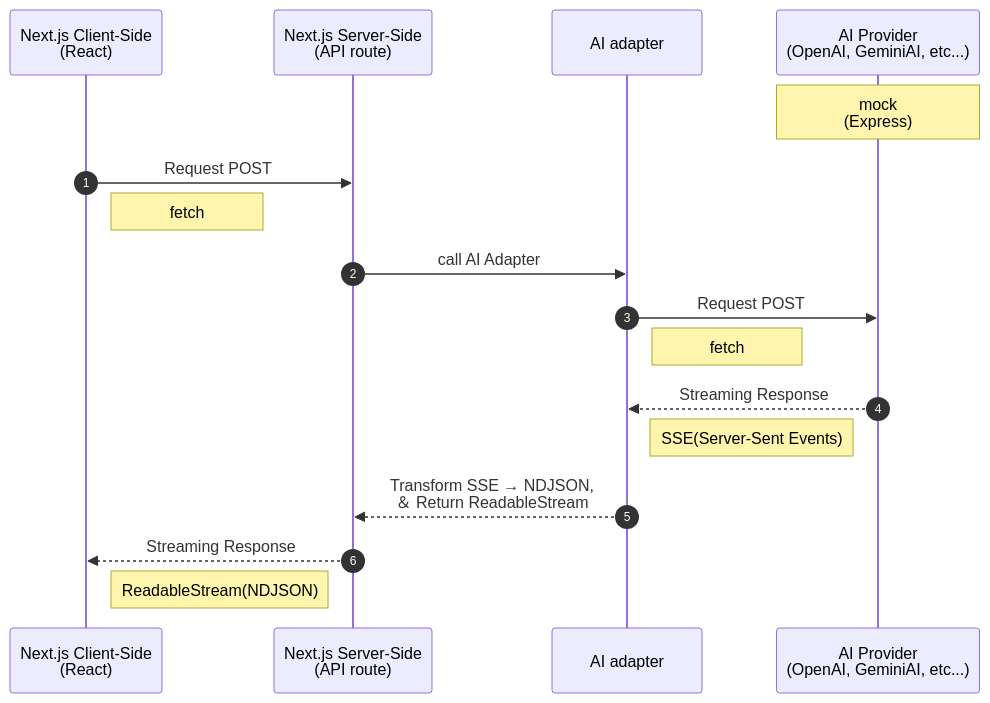
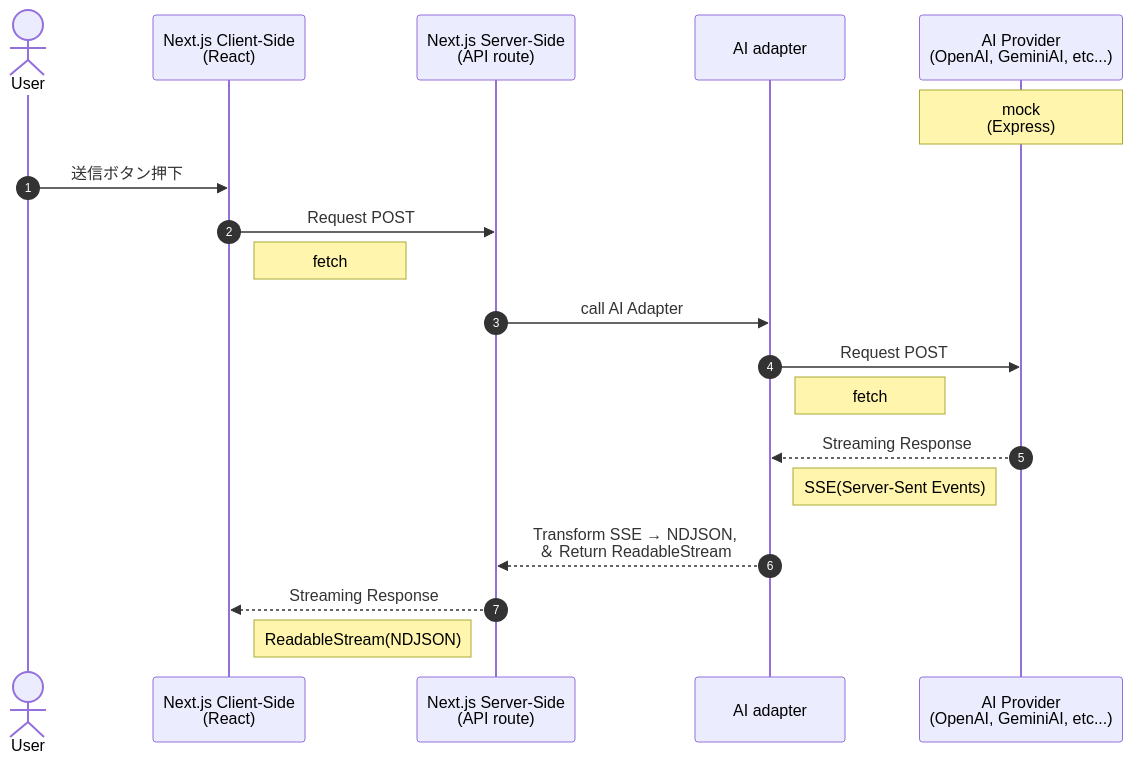
Before and after one commit to sudo-yoko/portfolio-nextjs: the diagram in _docs/chat/sequenceDiagram.md, drawn with Mermaid.

````diff
--- a/_docs/chat/sequenceDiagram.md
+++ b/_docs/chat/sequenceDiagram.md
@@ -1,27 +1,30 @@
  ```mermaid
 
 sequenceDiagram
 autonumber
+actor U as User
 participant C as Next.js Client-Side<br>(React)
 participant S as Next.js Server-Side<br>(API route)
 participant AD as AI adapter
 participant A as AI Provider<br>(OpenAI, GeminiAI, etc...)
 Note over A: mock<br>(Express)
+
+U->>C: 送信ボタン押下
 
 C->>S: Request POST
 Note right of C: fetch
 
 S->>AD: call AI Adapter
 
 AD->>A: Request POST
 Note Right of AD: fetch
 
 A-->>AD: Streaming Response
 Note left of A: SSE(Server-Sent Events)
 
 AD-->>S: Transform SSE → NDJSON,<br>＆ Return ReadableStream
 
 S-->>C: Streaming Response
 Note left of S: ReadableStream(NDJSON)
 
  ```
````
